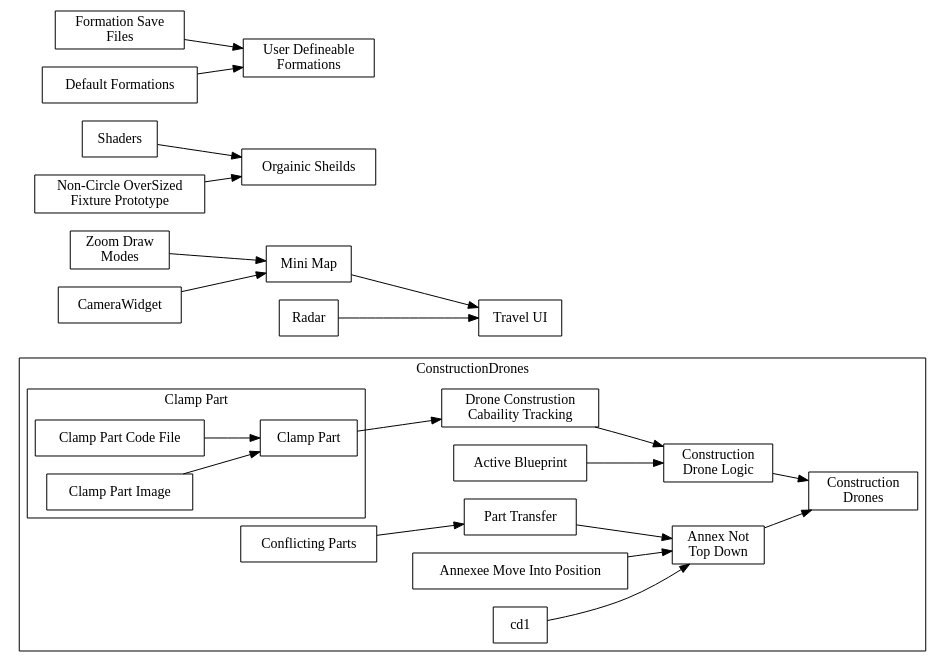
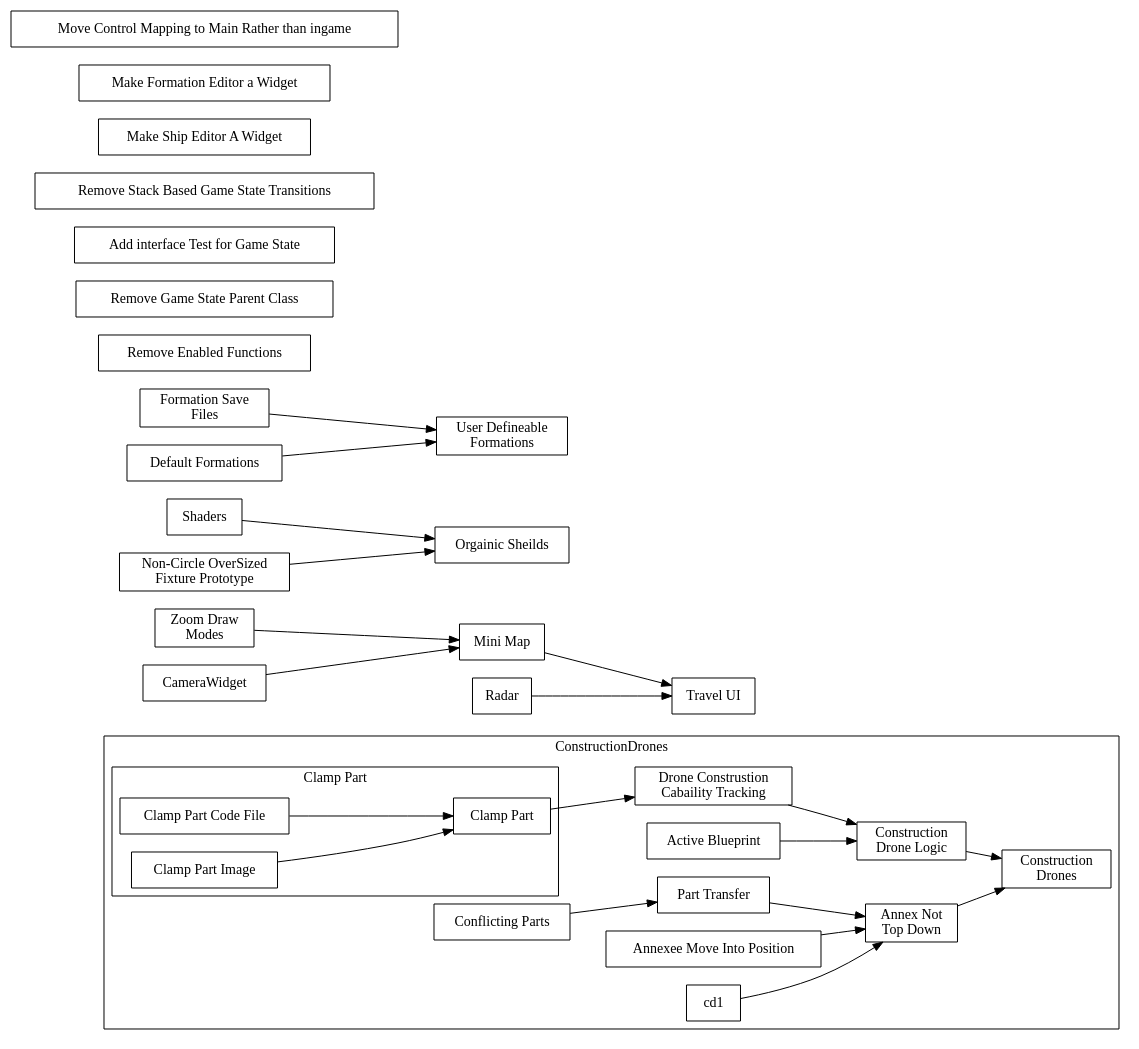
The diagram in TaskMap.dot (synthein/synthein), drawn with Graphviz before and after one commit. The commit also changed 2 other files, not shown here.

```diff
--- a/TaskMap.dot
+++ b/TaskMap.dot
@@ -1,66 +1,74 @@
 digraph {
 	rankdir="LR";
 	node [shape=box];
 	
 	subgraph Construction_Drones {
 		label = "ConstructionDrones"
 		cluster = true
 		
 		cd  [label = "Construction\nDrones"];
 		cd2 [label = "Annex Not\nTop Down"];
 		cd3 [label = "Conflicting Parts"]
 		cd4 [label = "Drone Construstion\nCabaility Tracking"];
 		cd5 [label = "Active Blueprint"];
 		cd6 [label = "Construction\nDrone Logic"];
 		cd7 [label = "Part Transfer"];
 		cd8 [label = "Annexee Move Into Position"];
 		
 		subgraph Clamp_Part {
 			label = "Clamp Part"
 			cluster = true
 			
 			cp  [label = "Clamp Part"];
 			cp1 [label = "Clamp Part Code File"];
 			cp2 [label = "Clamp Part Image"];
 			
 			cp1 -> cp;
 			cp2 -> cp;
 		}
 		
 		
 		cd2 -> cd;
 		cd6 -> cd;
 		cd1 -> cd2;
 		cd7 -> cd2;
 		cd8 -> cd2;
 		cp  -> cd4;
 		cd4 -> cd6;
 		cd5 -> cd6;
 		cd3 -> cd7;
 	}
 	
 	
 	
 	ui  [label = "Travel UI"];
 	ui1 [label = "Mini Map"];
 	ui2 [label = "Radar"];
 	ui3 [label = "Zoom Draw\nModes"];
 	ui4 [label = "CameraWidget"];
 	
 	{ui1 ui2} -> ui;
 	{ui3 ui4} -> ui1;
 	
 	
 	sh  [label = "Orgainic Sheilds"];
 	sh1 [label = "Shaders"];
 	sh2 [label = "Non-Circle OverSized\nFixture Prototype"];
 	
 	{sh1 sh2} -> sh;
 	
 	
 	fm  [label = "User Defineable\nFormations"];
 	fm1 [label = "Formation Save\nFiles"];
 	fm2 [label = "Default Formations"];
 	
 	{fm1 fm2} -> fm
+	
+	"Remove Enabled Functions"
+	"Remove Game State Parent Class"
+	"Add interface Test for Game State"
+	"Remove Stack Based Game State Transitions"
+	"Make Ship Editor A Widget"
+	"Make Formation Editor a Widget"
+	"Move Control Mapping to Main Rather than ingame"
 }
```
